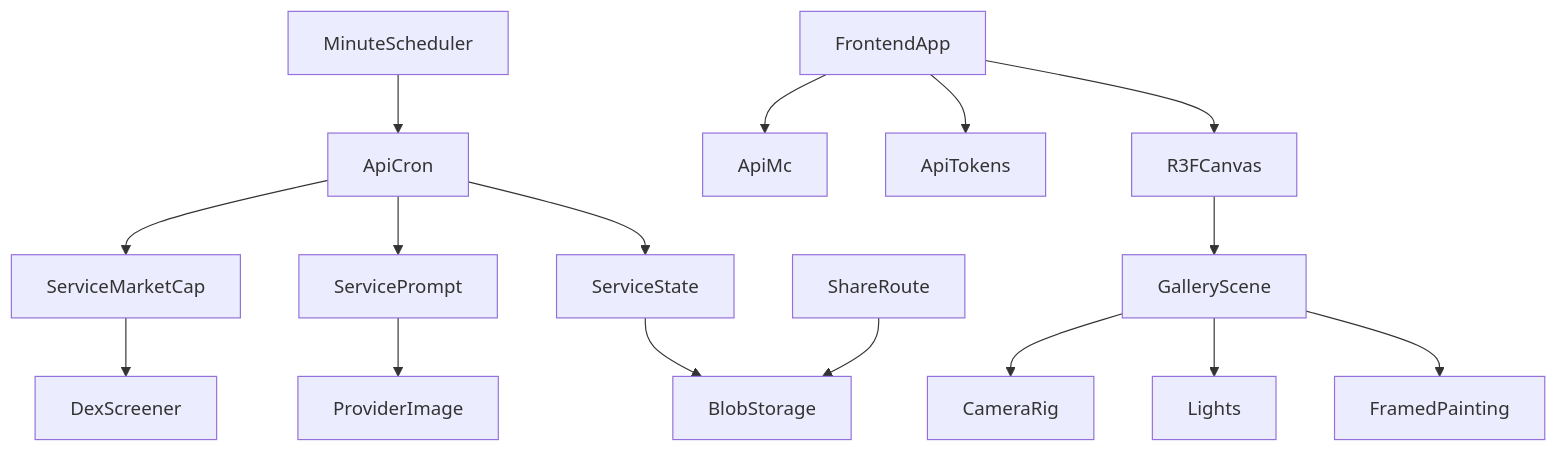
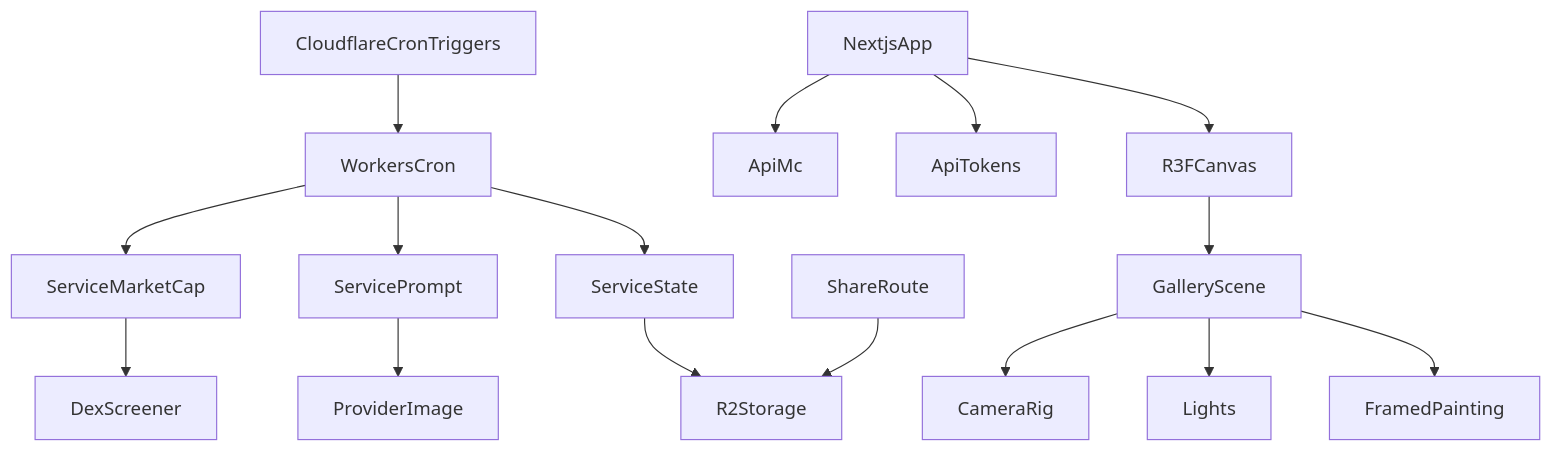
Before and after one commit to doom-protocol/doom-index: the first of 6 diagrams in .kiro/specs/doom-index/design.md, drawn with Mermaid. The commit also changed other lines of this file and 25 other files, not shown here.

````diff
--- a/.kiro/specs/doom-index/design.md
+++ b/.kiro/specs/doom-index/design.md
@@ -32,18 +35,18 @@
 ```mermaid
 graph TB
-MinuteScheduler --> ApiCron
-ApiCron --> ServiceMarketCap
+CloudflareCronTriggers --> WorkersCron
+WorkersCron --> ServiceMarketCap
 ServiceMarketCap --> DexScreener
-ApiCron --> ServicePrompt
+WorkersCron --> ServicePrompt
 ServicePrompt --> ProviderImage
-ApiCron --> ServiceState
-ServiceState --> BlobStorage
-FrontendApp --> ApiMc
-FrontendApp --> ApiTokens
-ShareRoute --> BlobStorage
-FrontendApp --> R3FCanvas
+WorkersCron --> ServiceState
+ServiceState --> R2Storage
+NextjsApp --> ApiMc
+NextjsApp --> ApiTokens
+ShareRoute --> R2Storage
+NextjsApp --> R3FCanvas
 R3FCanvas --> GalleryScene
 GalleryScene --> CameraRig
 GalleryScene --> Lights
 GalleryScene --> FramedPainting
 ```
````
